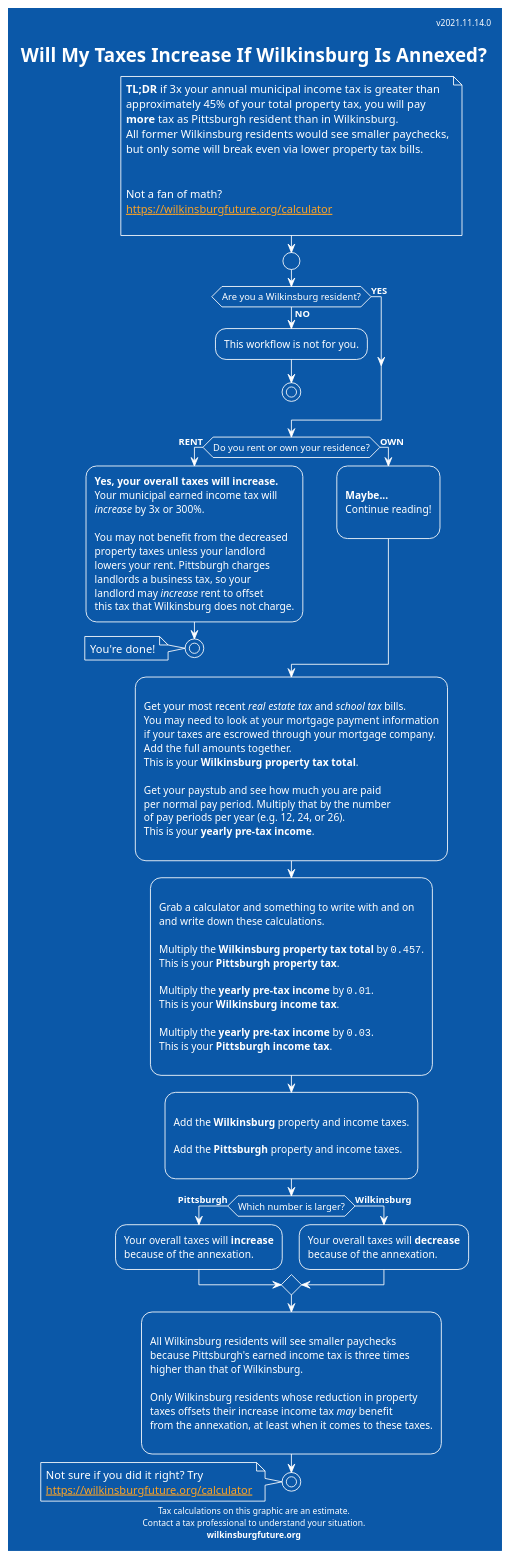
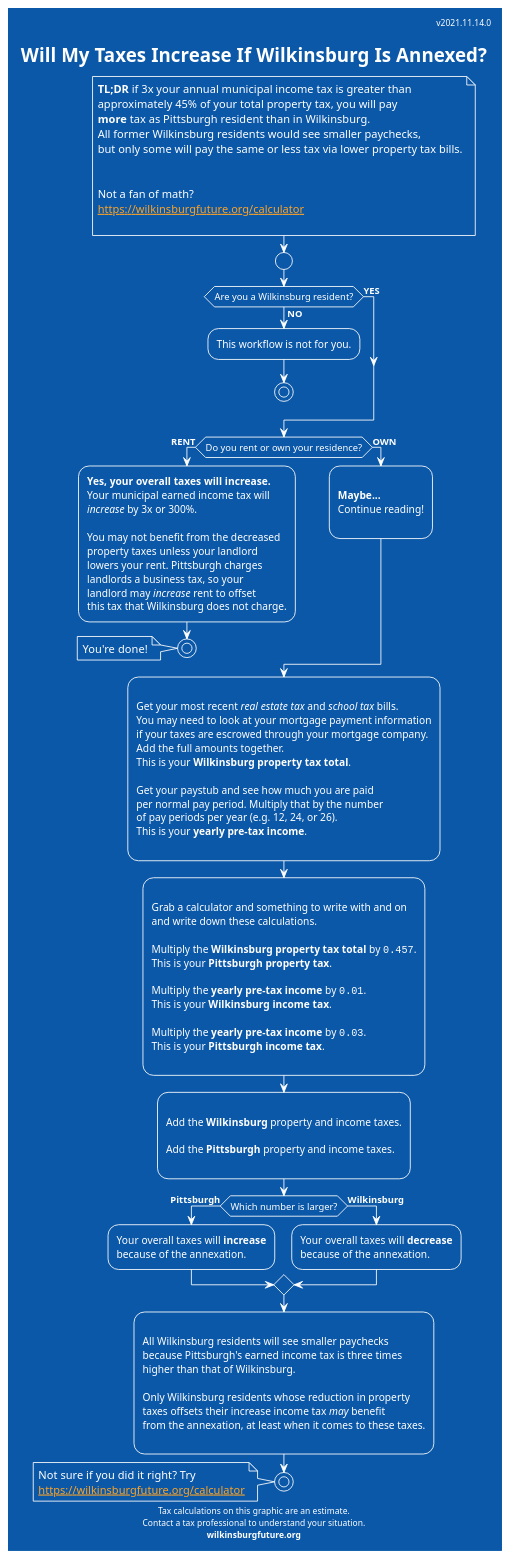
The diagram in simple_workflow.puml (colindean/wilkinsburg_pittsburgh_merger_analysis), drawn with PlantUML before and after one commit.

```diff
--- a/simple_workflow.puml
+++ b/simple_workflow.puml
@@ -1,118 +1,118 @@
 @startuml
 ' Best renderer online: https://planttext.com/
 ' Or use plantuml locally
 
 !theme amiga
 
 
 title Will My Taxes Increase If Wilkinsburg Is Annexed?
 header v2021.11.14.0
 footer
 Tax calculations on this graphic are an estimate.
 Contact a tax professional to understand your situation.
 **wilkinsburgfuture.org**
 end footer
 
 note
 **TL;DR** if 3x your annual municipal income tax is greater than
 approximately 45% of your total property tax, you will pay
 **more** tax as Pittsburgh resident than in Wilkinsburg.
 All former Wilkinsburg residents would see smaller paychecks,
-but only some will break even via lower property tax bills.
+but only some will pay the same or less tax via lower property tax bills.
 
 
 Not a fan of math? 
 [[https://wilkinsburgfuture.org/calculator]]
 
 end note
 
 start
 
 if (Are you a Wilkinsburg resident?) then (**YES**)
 
 else (**NO**)
   :This workflow is not for you.;
   stop
 endif
 
 if (Do you rent or own your residence?) then (**RENT**)
   :**Yes, your overall taxes will increase.**
 Your municipal earned income tax will
 //increase// by 3x or 300%.
 
 You may not benefit from the decreased
 property taxes unless your landlord
 lowers your rent. Pittsburgh charges
 landlords a business tax, so your
 landlord may //increase// rent to offset
 this tax that Wilkinsburg does not charge.;
   stop
   note left: You're done!
 
 else (**OWN**)
   :
   **Maybe...**
   Continue reading!
   ;
 endif
 
 :
 Get your most recent //real estate tax// and //school tax// bills.
 You may need to look at your mortgage payment information
 if your taxes are escrowed through your mortgage company.
 Add the full amounts together.
 This is your **Wilkinsburg property tax total**.
 
 Get your paystub and see how much you are paid
 per normal pay period. Multiply that by the number
 of pay periods per year (e.g. 12, 24, or 26).
 This is your **yearly pre-tax income**.
 ;
 
 :
 Grab a calculator and something to write with and on
 and write down these calculations.
 
 Multiply the **Wilkinsburg property tax total** by ""0.457"".
 This is your **Pittsburgh property tax**.
 
 Multiply the **yearly pre-tax income** by ""0.01"".
 This is your **Wilkinsburg income tax**.
 
 Multiply the **yearly pre-tax income** by ""0.03"".
 This is your **Pittsburgh income tax**.
 ;
 
 :
 Add the **Wilkinsburg** property and income taxes.
 
 Add the **Pittsburgh** property and income taxes.
 ;
 
 
 if (Which number is larger?) then (**Pittsburgh**)
   :Your overall taxes will **increase**
 because of the annexation.;
 else (**Wilkinsburg**)
   :Your overall taxes will **decrease**
 because of the annexation.;
 endif
 
 :
 All Wilkinsburg residents will see smaller paychecks
 because Pittsburgh's earned income tax is three times
 higher than that of Wilkinsburg.
 
 Only Wilkinsburg residents whose reduction in property
 taxes offsets their increase income tax //may// benefit
 from the annexation, at least when it comes to these taxes.
 ;
 
 stop
 
 note
 Not sure if you did it right? Try
 [[https://wilkinsburgfuture.org/calculator]]
 end note
 
 @enduml
```
